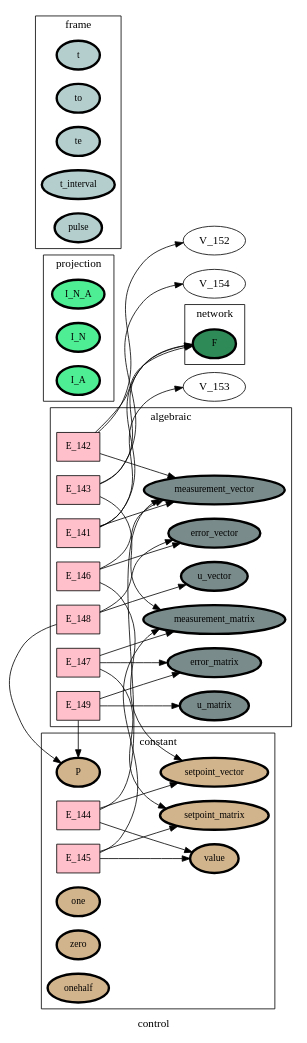
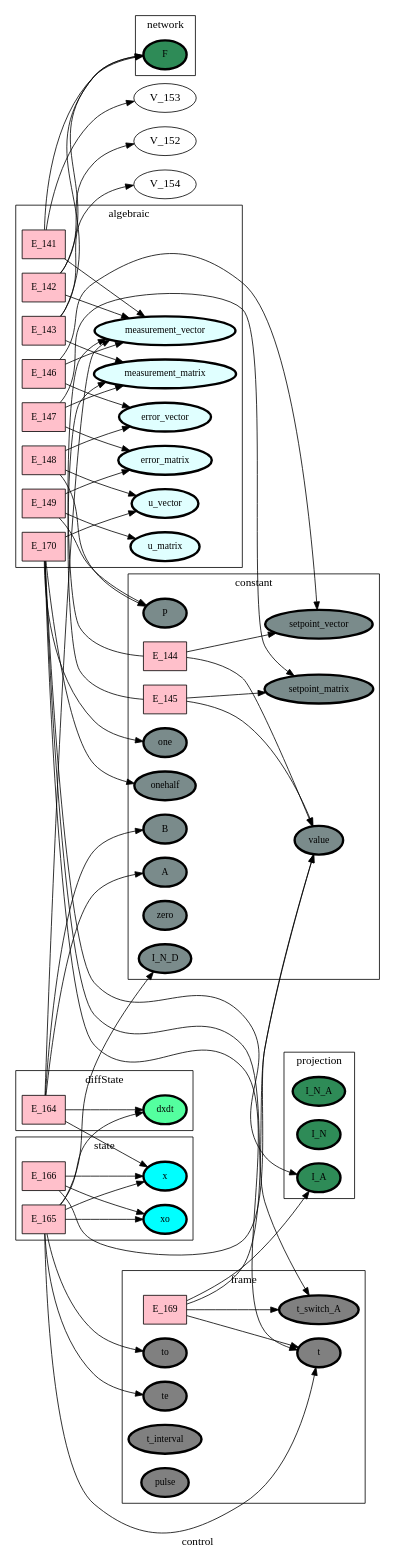
The diagram in ontology_graphs/graph__control.dot (heinz-preisig/sandbox21), drawn with Graphviz before and after one commit. The commit also changed 408 other files, not shown here.

```diff
--- a/ontology_graphs/graph__control.dot
+++ b/ontology_graphs/graph__control.dot
@@ -1,117 +1,154 @@
 digraph control {
 label=control;
 rankdir=LR;
 subgraph cluster_control___dataFlow {
 label=dataFlow;
 rankdir=LR;
 }
 
 subgraph cluster_control___input {
 label=input;
 rankdir=LR;
 }
 
 subgraph cluster_control___output {
 label=output;
 rankdir=LR;
 }
 
 subgraph cluster_control___network {
 label=network;
 rankdir=LR;
-V_10 [fillcolor=seagreen4, fontsize=12, label=F, penwidth=3, style=filled];
+V_10 [fillcolor=seagreen, fontsize=12, label=F, penwidth=3, style=filled];
 }
 
 subgraph cluster_control___projection {
 label=projection;
 rankdir=LR;
-V_48 [fillcolor=seagreen2, fontsize=12, label=I_N_A, penwidth=3, style=filled];
-V_96 [fillcolor=seagreen2, fontsize=12, label=I_N, penwidth=3, style=filled];
-V_97 [fillcolor=seagreen2, fontsize=12, label=I_A, penwidth=3, style=filled];
+V_48 [fillcolor=seagreen4, fontsize=12, label=I_N_A, penwidth=3, style=filled];
+V_96 [fillcolor=seagreen4, fontsize=12, label=I_N, penwidth=3, style=filled];
+V_97 [fillcolor=seagreen4, fontsize=12, label=I_A, penwidth=3, style=filled];
 }
 
 subgraph cluster_control___localIndex {
 label=localIndex;
 rankdir=LR;
 }
 
+E_169 -> V_1  [splines=ortho];
+E_169 -> V_4  [splines=ortho];
+E_169 -> V_97  [splines=ortho];
 subgraph cluster_control___frame {
 label=frame;
 rankdir=LR;
-V_4 [fillcolor=lightcyan3, fontsize=12, label=t, penwidth=3, style=filled];
-V_5 [fillcolor=lightcyan3, fontsize=12, label=to, penwidth=3, style=filled];
-V_6 [fillcolor=lightcyan3, fontsize=12, label=te, penwidth=3, style=filled];
-V_7 [fillcolor=lightcyan3, fontsize=12, label=t_interval, penwidth=3, style=filled];
-V_9 [fillcolor=lightcyan3, fontsize=12, label=pulse, penwidth=3, style=filled];
+V_185 [fillcolor=grey, fontsize=12, label=t_switch_A, penwidth=3, style=filled];
+V_4 [fillcolor=grey, fontsize=12, label=t, penwidth=3, style=filled];
+V_5 [fillcolor=grey, fontsize=12, label=to, penwidth=3, style=filled];
+V_6 [fillcolor=grey, fontsize=12, label=te, penwidth=3, style=filled];
+V_7 [fillcolor=grey, fontsize=12, label=t_interval, penwidth=3, style=filled];
+V_9 [fillcolor=grey, fontsize=12, label=pulse, penwidth=3, style=filled];
+E_169 [fillcolor=pink, fontsize=12, shape=box, style=filled];
+E_169 -> V_185  [splines=ortho];
 }
 
+E_165 -> V_181  [splines=ortho];
+E_165 -> V_182  [splines=ortho];
+E_165 -> V_183  [splines=ortho];
+E_165 -> V_4  [splines=ortho];
+E_165 -> V_5  [splines=ortho];
+E_165 -> V_6  [splines=ortho];
+E_166 -> V_1  [splines=ortho];
+E_166 -> V_179  [splines=ortho];
 subgraph cluster_control___state {
 label=state;
 rankdir=LR;
+V_179 [fillcolor=cyan, fontsize=12, label=x, penwidth=3, style=filled];
+V_183 [fillcolor=cyan, fontsize=12, label=xo, penwidth=3, style=filled];
+E_165 [fillcolor=pink, fontsize=12, shape=box, style=filled];
+E_165 -> V_179  [splines=ortho];
+E_166 [fillcolor=pink, fontsize=12, shape=box, style=filled];
+E_166 -> V_183  [splines=ortho];
 }
 
 E_144 -> V_1  [splines=ortho];
 E_144 -> V_155  [splines=ortho];
 E_145 -> V_1  [splines=ortho];
 E_145 -> V_156  [splines=ortho];
 subgraph cluster_control___constant {
 label=constant;
 rankdir=LR;
-V_1 [fillcolor=tan, fontsize=12, label=value, penwidth=3, style=filled];
-V_157 [fillcolor=tan, fontsize=12, label=setpoint_vector, penwidth=3, style=filled];
-V_158 [fillcolor=tan, fontsize=12, label=setpoint_matrix, penwidth=3, style=filled];
-V_159 [fillcolor=tan, fontsize=12, label=P, penwidth=3, style=filled];
-V_2 [fillcolor=tan, fontsize=12, label=one, penwidth=3, style=filled];
-V_3 [fillcolor=tan, fontsize=12, label=zero, penwidth=3, style=filled];
-V_8 [fillcolor=tan, fontsize=12, label=onehalf, penwidth=3, style=filled];
+V_1 [fillcolor=lightcyan4, fontsize=12, label=value, penwidth=3, style=filled];
+V_157 [fillcolor=lightcyan4, fontsize=12, label=setpoint_vector, penwidth=3, style=filled];
+V_158 [fillcolor=lightcyan4, fontsize=12, label=setpoint_matrix, penwidth=3, style=filled];
+V_159 [fillcolor=lightcyan4, fontsize=12, label=P, penwidth=3, style=filled];
+V_177 [fillcolor=lightcyan4, fontsize=12, label=A, penwidth=3, style=filled];
+V_178 [fillcolor=lightcyan4, fontsize=12, label=B, penwidth=3, style=filled];
+V_181 [fillcolor=lightcyan4, fontsize=12, label=I_N_D, penwidth=3, style=filled];
+V_2 [fillcolor=lightcyan4, fontsize=12, label=one, penwidth=3, style=filled];
+V_3 [fillcolor=lightcyan4, fontsize=12, label=zero, penwidth=3, style=filled];
+V_8 [fillcolor=lightcyan4, fontsize=12, label=onehalf, penwidth=3, style=filled];
 E_144 [fillcolor=pink, fontsize=12, shape=box, style=filled];
 E_144 -> V_157  [splines=ortho];
 E_145 [fillcolor=pink, fontsize=12, shape=box, style=filled];
 E_145 -> V_158  [splines=ortho];
 }
 
+E_164 -> V_155  [splines=ortho];
+E_164 -> V_177  [splines=ortho];
+E_164 -> V_178  [splines=ortho];
+E_164 -> V_179  [splines=ortho];
 subgraph cluster_control___diffState {
 label=diffState;
 rankdir=LR;
+V_182 [fillcolor=seagreen1, fontsize=12, label=dxdt, penwidth=3, style=filled];
+E_164 [fillcolor=pink, fontsize=12, shape=box, style=filled];
+E_164 -> V_182  [splines=ortho];
 }
 
 E_141 -> V_10  [splines=ortho];
 E_141 -> V_153  [splines=ortho];
 E_142 -> V_10  [splines=ortho];
 E_142 -> V_152  [splines=ortho];
 E_143 -> V_10  [splines=ortho];
 E_143 -> V_154  [splines=ortho];
 E_146 -> V_155  [splines=ortho];
 E_146 -> V_157  [splines=ortho];
 E_147 -> V_156  [splines=ortho];
 E_147 -> V_158  [splines=ortho];
 E_148 -> V_159  [splines=ortho];
 E_148 -> V_160  [splines=ortho];
+E_170 -> V_185  [splines=ortho];
+E_170 -> V_2  [splines=ortho];
+E_170 -> V_4  [splines=ortho];
+E_170 -> V_8  [splines=ortho];
+E_170 -> V_97  [splines=ortho];
 E_149 -> V_159  [splines=ortho];
 E_149 -> V_161  [splines=ortho];
 subgraph cluster_control___algebraic {
 label=algebraic;
 rankdir=LR;
-V_155 [fillcolor=lightcyan4, fontsize=12, label=measurement_vector, penwidth=3, style=filled];
-V_156 [fillcolor=lightcyan4, fontsize=12, label=measurement_matrix, penwidth=3, style=filled];
-V_160 [fillcolor=lightcyan4, fontsize=12, label=error_vector, penwidth=3, style=filled];
-V_161 [fillcolor=lightcyan4, fontsize=12, label=error_matrix, penwidth=3, style=filled];
-V_162 [fillcolor=lightcyan4, fontsize=12, label=u_vector, penwidth=3, style=filled];
-V_163 [fillcolor=lightcyan4, fontsize=12, label=u_matrix, penwidth=3, style=filled];
+V_155 [fillcolor=lightcyan1, fontsize=12, label=measurement_vector, penwidth=3, style=filled];
+V_156 [fillcolor=lightcyan1, fontsize=12, label=measurement_matrix, penwidth=3, style=filled];
+V_160 [fillcolor=lightcyan1, fontsize=12, label=error_vector, penwidth=3, style=filled];
+V_161 [fillcolor=lightcyan1, fontsize=12, label=error_matrix, penwidth=3, style=filled];
+V_162 [fillcolor=lightcyan1, fontsize=12, label=u_vector, penwidth=3, style=filled];
+V_163 [fillcolor=lightcyan1, fontsize=12, label=u_matrix, penwidth=3, style=filled];
 E_141 [fillcolor=pink, fontsize=12, shape=box, style=filled];
 E_141 -> V_155  [splines=ortho];
 E_142 [fillcolor=pink, fontsize=12, shape=box, style=filled];
 E_142 -> V_155  [splines=ortho];
 E_143 [fillcolor=pink, fontsize=12, shape=box, style=filled];
 E_143 -> V_156  [splines=ortho];
 E_146 [fillcolor=pink, fontsize=12, shape=box, style=filled];
 E_146 -> V_160  [splines=ortho];
 E_147 [fillcolor=pink, fontsize=12, shape=box, style=filled];
 E_147 -> V_161  [splines=ortho];
 E_148 [fillcolor=pink, fontsize=12, shape=box, style=filled];
 E_148 -> V_162  [splines=ortho];
+E_170 [fillcolor=pink, fontsize=12, shape=box, style=filled];
+E_170 -> V_162  [splines=ortho];
 E_149 [fillcolor=pink, fontsize=12, shape=box, style=filled];
 E_149 -> V_163  [splines=ortho];
 }
 
 }
```
